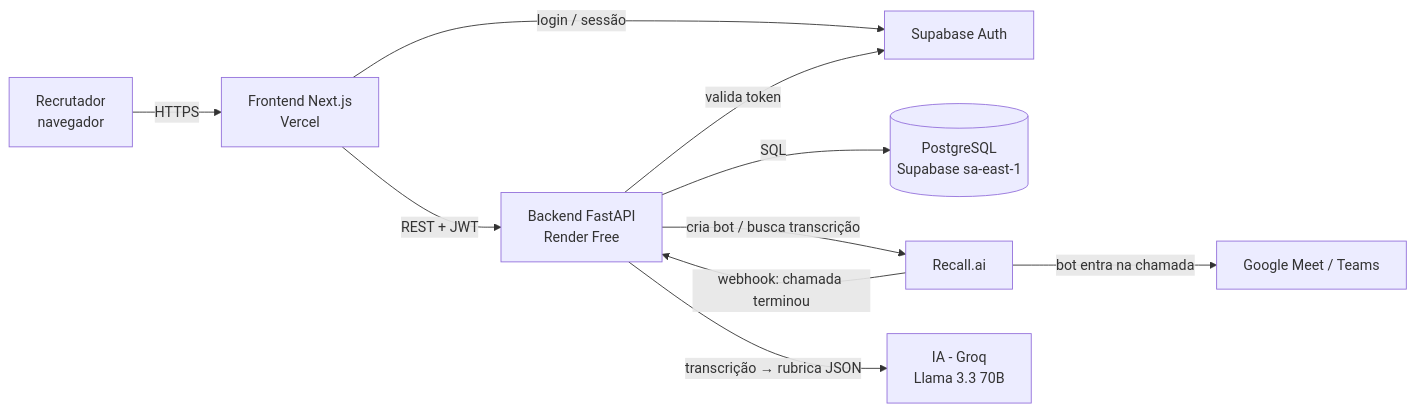
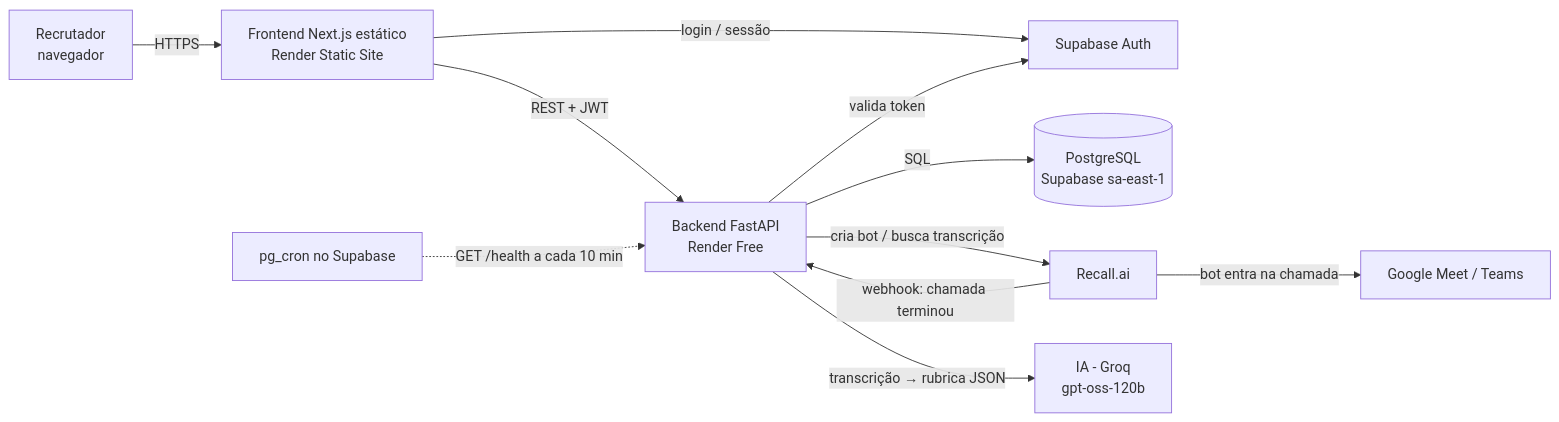
Before and after one commit to ArturJasb/rubrica: the diagram in README.md, drawn with Mermaid. The commit also changed other lines of this file and 5 other files, not shown here.

````diff
--- a/README.md
+++ b/README.md
@@ -63,12 +69,13 @@
 ```mermaid
 flowchart LR
-    U[Recrutador<br/>navegador] -->|HTTPS| FE[Frontend Next.js<br/>Vercel]
+    U[Recrutador<br/>navegador] -->|HTTPS| FE[Frontend Next.js estático<br/>Render Static Site]
     FE -->|login / sessão| SA[Supabase Auth]
     FE -->|REST + JWT| API[Backend FastAPI<br/>Render Free]
     API -->|valida token| SA
     API -->|SQL| DB[(PostgreSQL<br/>Supabase sa-east-1)]
     API -->|cria bot / busca transcrição| RC[Recall.ai]
     RC -->|bot entra na chamada| MT[Google Meet / Teams]
     RC -->|webhook: chamada terminou| API
-    API -->|transcrição → rubrica JSON| LLM[IA - Groq<br/>Llama 3.3 70B]
+    API -->|transcrição → rubrica JSON| LLM[IA - Groq<br/>gpt-oss-120b]
+    CR[pg_cron no Supabase] -.->|GET /health a cada 10 min| API
 ```
````
